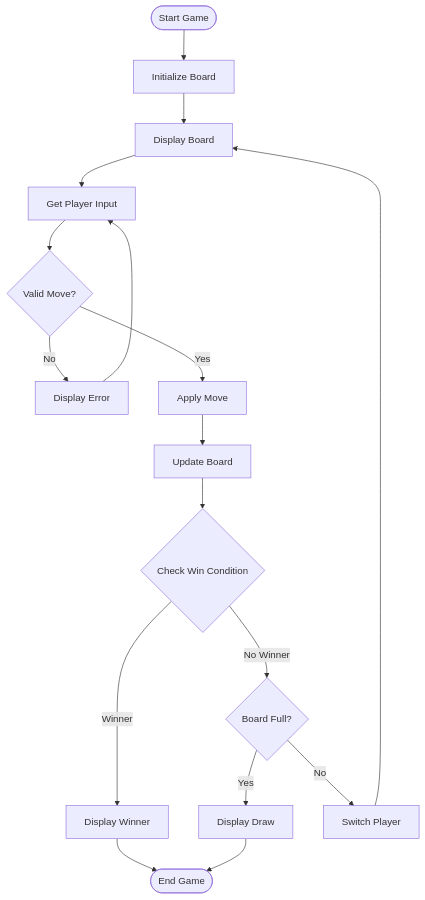
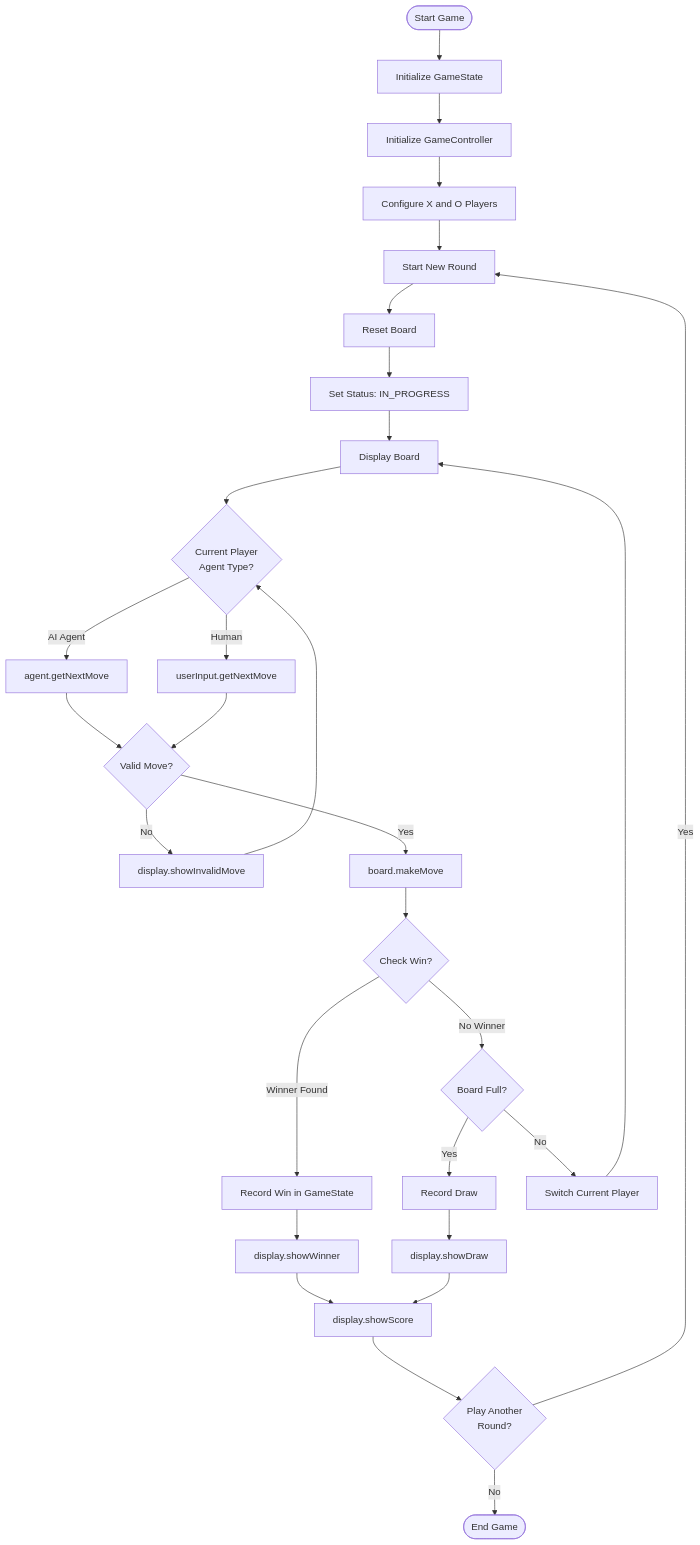
The fifth of 15 diagrams in docs/REFERENCE_ARCHITECTURE.md (jashar86/tic-tac-toe), drawn with Mermaid before and after one commit. The commit also changed other lines of this file, not shown here.

````diff
--- a/docs/REFERENCE_ARCHITECTURE.md
+++ b/docs/REFERENCE_ARCHITECTURE.md
@@ -258,24 +573,40 @@
 ```mermaid
 flowchart TD
-    Start([Start Game]) --> Init[Initialize Board]
-    Init --> Display[Display Board]
-    Display --> GetInput[Get Player Input]
-    GetInput --> Validate{Valid Move?}
+    Start([Start Game]) --> InitState[Initialize GameState]
+    InitState --> InitController[Initialize GameController]
+    InitController --> ConfigPlayers[Configure X and O Players]
+    ConfigPlayers --> StartRound[Start New Round]
 
-    Validate -->|No| Error[Display Error]
-    Error --> GetInput
+    StartRound --> ResetBoard[Reset Board]
+    ResetBoard --> SetInProgress[Set Status: IN_PROGRESS]
+    SetInProgress --> Display[Display Board]
 
-    Validate -->|Yes| Apply[Apply Move]
-    Apply --> Update[Update Board]
-    Update --> CheckWin{Check Win Condition}
+    Display --> GetAgent{Current Player\nAgent Type?}
+    GetAgent -->|AI Agent| AIMove[agent.getNextMove]
+    GetAgent -->|Human| UserMove[userInput.getNextMove]
 
-    CheckWin -->|Winner| ShowWinner[Display Winner]
-    ShowWinner --> End([End Game])
+    AIMove --> ValidateMove{Valid Move?}
+    UserMove --> ValidateMove
 
-    CheckWin -->|No Winner| CheckDraw{Board Full?}
-    CheckDraw -->|Yes| ShowDraw[Display Draw]
-    ShowDraw --> End
+    ValidateMove -->|No| ShowError[display.showInvalidMove]
+    ShowError --> GetAgent
 
-    CheckDraw -->|No| Switch[Switch Player]
-    Switch --> Display
+    ValidateMove -->|Yes| ApplyMove[board.makeMove]
+    ApplyMove --> CheckWin{Check Win?}
+
+    CheckWin -->|Winner Found| RecordWin[Record Win in GameState]
+    RecordWin --> ShowWinner[display.showWinner]
+    ShowWinner --> ShowScore[display.showScore]
+
+    CheckWin -->|No Winner| CheckFull{Board Full?}
+    CheckFull -->|Yes| RecordDraw[Record Draw]
+    RecordDraw --> ShowDraw[display.showDraw]
+    ShowDraw --> ShowScore
+
+    CheckFull -->|No| SwitchPlayer[Switch Current Player]
+    SwitchPlayer --> Display
+
+    ShowScore --> PlayAgain{Play Another\nRound?}
+    PlayAgain -->|Yes| StartRound
+    PlayAgain -->|No| End([End Game])
 ```
````
